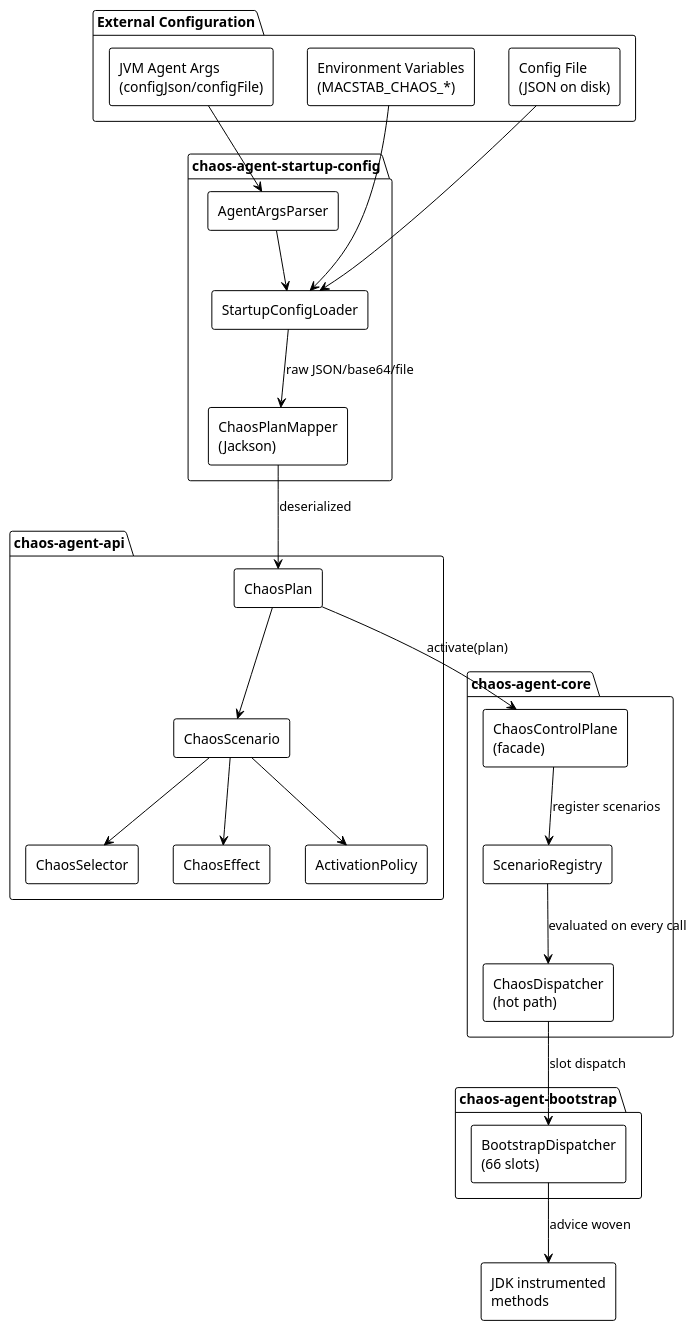
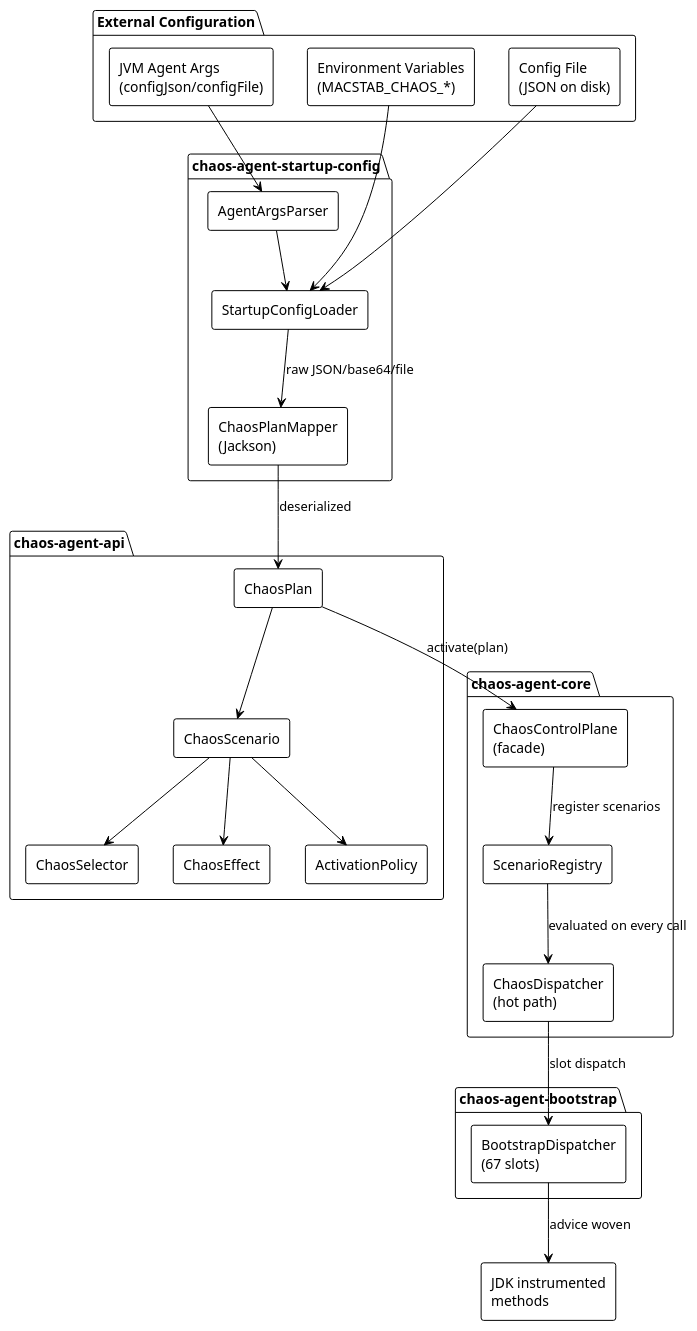
One commit to macstab/macstab-chaos-jvm-agent changed the first of 2 diagrams in docs/configuration-reference.md. Above: the diagram before and after it, drawn with PlantUML. The commit also changed 33 other files, not shown here.

````diff
--- a/docs/configuration-reference.md
+++ b/docs/configuration-reference.md
@@ -246,52 +246,52 @@
 ```plantuml
 @startuml chaos-config-components
 !theme plain
 skinparam componentStyle rectangle
 
 package "External Configuration" {
   [JVM Agent Args\n(configJson/configFile)] as AgentArgs
   [Environment Variables\n(MACSTAB_CHAOS_*)] as EnvVars
   [Config File\n(JSON on disk)] as ConfigFile
 }
 
 package "chaos-agent-startup-config" {
   [StartupConfigLoader] as SCL
   [AgentArgsParser] as AAP
   [ChaosPlanMapper\n(Jackson)] as CPM
 }
 
 package "chaos-agent-api" {
   [ChaosPlan] as Plan
   [ChaosScenario] as Scenario
   [ChaosSelector] as Selector
   [ChaosEffect] as Effect
   [ActivationPolicy] as Policy
 }
 
 package "chaos-agent-core" {
   [ChaosControlPlane\n(facade)] as CCP
   [ScenarioRegistry] as SR
   [ChaosDispatcher\n(hot path)] as CD
 }
 
 package "chaos-agent-bootstrap" {
-  [BootstrapDispatcher\n(66 slots)] as BD
+  [BootstrapDispatcher\n(67 slots)] as BD
 }
 
 AgentArgs --> AAP
 EnvVars --> SCL
 ConfigFile --> SCL
 AAP --> SCL
 SCL --> CPM : raw JSON/base64/file
 CPM --> Plan : deserialized
 Plan --> Scenario
 Scenario --> Selector
 Scenario --> Effect
 Scenario --> Policy
 Plan --> CCP : activate(plan)
 CCP --> SR : register scenarios
 SR --> CD : evaluated on every call
 CD --> BD : slot dispatch
 BD --> [JDK instrumented\nmethods] : advice woven
 @enduml
 ```
````
